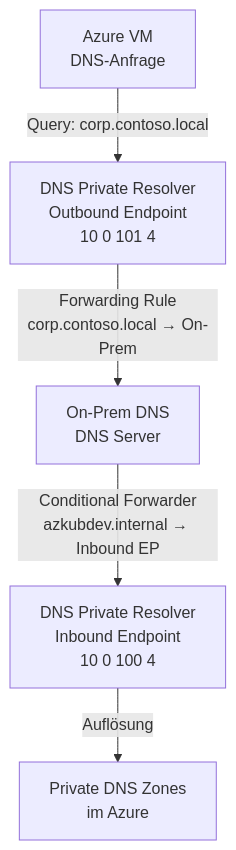
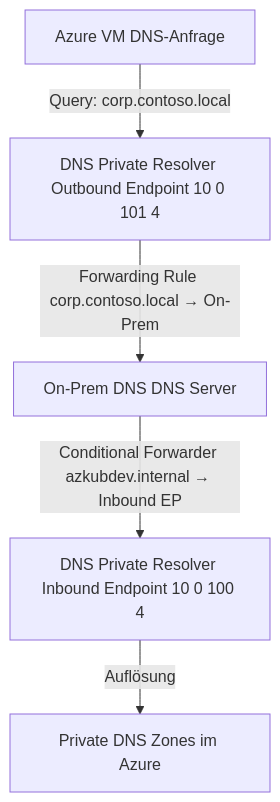
One commit to SoniiiT/notes-n-docs changed the sixth of 8 diagrams in Microsoft 365/Azure/Netzwerk/Azure DNS.md. Above: the diagram before and after it, drawn with Mermaid. The commit also changed other lines of this file and 124 other files, not shown here.

First line of the commit message:
fix: Entferne \n aus allen Mermaid-Diagrammen (125 Dateien)

````diff
--- a/Microsoft 365/Azure/Netzwerk/Azure DNS.md
+++ b/Microsoft 365/Azure/Netzwerk/Azure DNS.md
@@ -208,8 +208,8 @@
 ```mermaid
 graph TD
-    ONPREM_DNS[On-Prem DNS\nDNS Server] -->|Conditional Forwarder\nazkubdev.internal → Inbound EP| INBOUND[DNS Private Resolver\nInbound Endpoint\n10 0 100 4]
-    INBOUND -->|Auflösung| AZURE_PRIV[Private DNS Zones\nim Azure]
+    ONPREM_DNS[On-Prem DNS DNS Server] -->|Conditional Forwarder azkubdev.internal → Inbound EP| INBOUND[DNS Private Resolver Inbound Endpoint 10 0 100 4]
+    INBOUND -->|Auflösung| AZURE_PRIV[Private DNS Zones im Azure]
     
-    AZURE_DNS[Azure VM\nDNS-Anfrage] -->|Query: corp.contoso.local| OUTBOUND[DNS Private Resolver\nOutbound Endpoint\n10 0 101 4]
-    OUTBOUND -->|Forwarding Rule\ncorp.contoso.local → On-Prem| ONPREM_DNS
+    AZURE_DNS[Azure VM DNS-Anfrage] -->|Query: corp.contoso.local| OUTBOUND[DNS Private Resolver Outbound Endpoint 10 0 101 4]
+    OUTBOUND -->|Forwarding Rule corp.contoso.local → On-Prem| ONPREM_DNS
 ```
````
